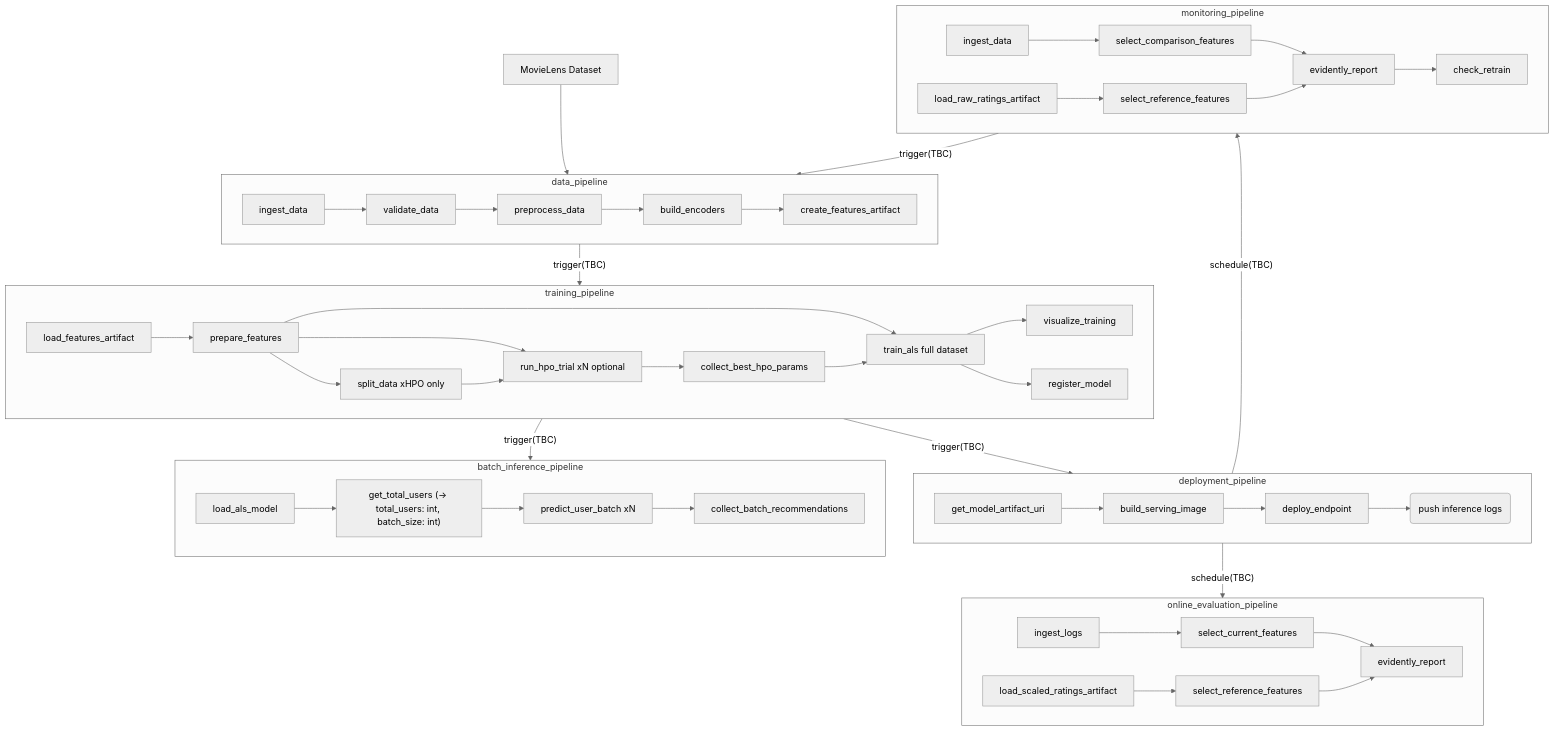
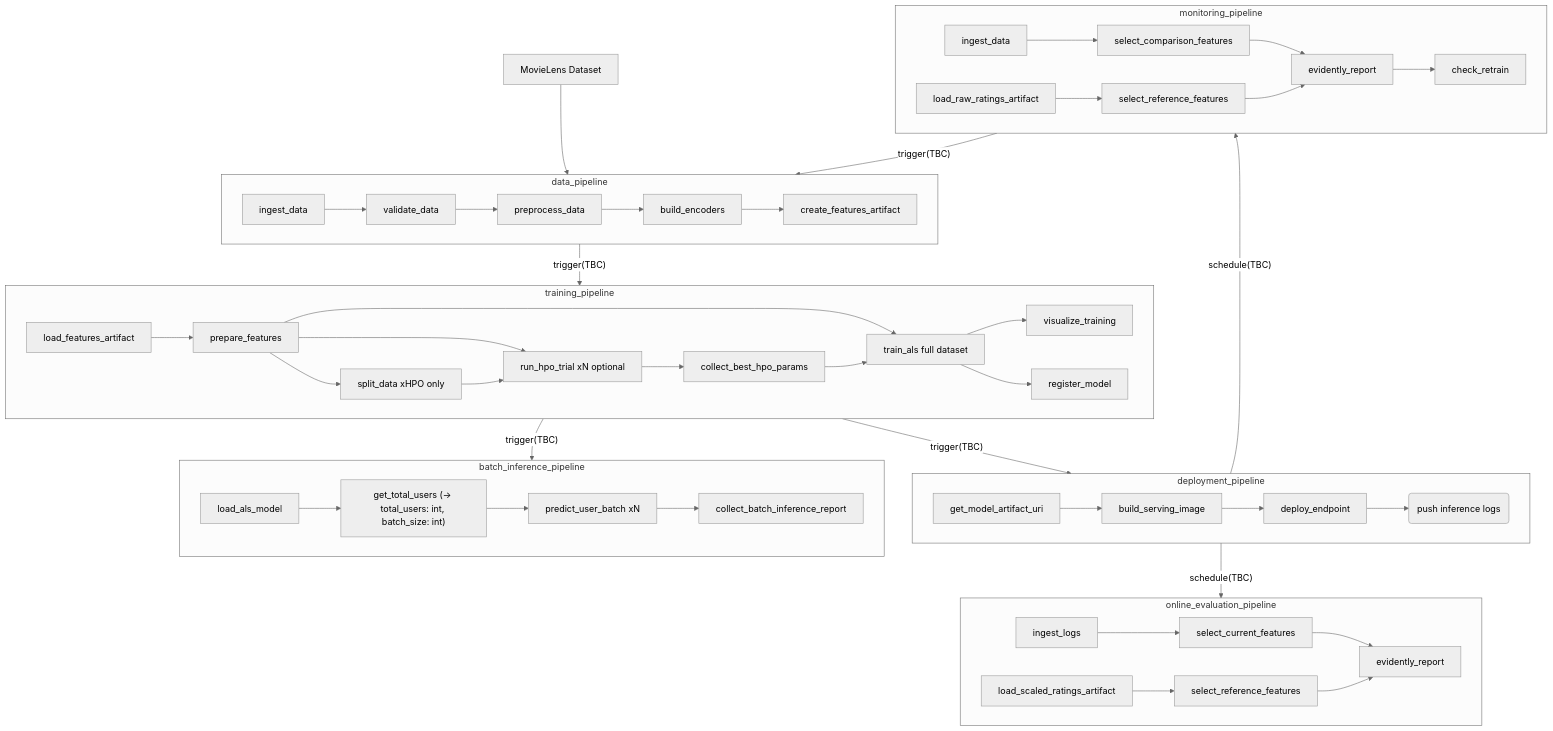
Before and after one commit to sagadana/zenml-mlops: the diagram in .agents/specs/wf_matrix_factorization.md, drawn with Mermaid (neutral theme). The commit also changed other lines of this file and 12 other files, not shown here.

Commit message:
update collect_batch_recommendations -> collect_batch_inference_report

````diff
--- a/.agents/specs/wf_matrix_factorization.md
+++ b/.agents/specs/wf_matrix_factorization.md
@@ -19,50 +19,50 @@
 ```mermaid
 graph TD
 
     subgraph D[data_pipeline]
         D1[ingest_data] --> D2[validate_data] --> D2a[preprocess_data] --> D3[build_encoders] --> D4[create_features_artifact]
     end
 
     subgraph T[training_pipeline]
         T0[load_features_artifact] --> T1[prepare_features]
         T1 --> T5[run_hpo_trial xN optional]
         T1 --> T4[split_data xHPO only]
         T4 --> T5
         T5 --> T6[collect_best_hpo_params]
         T1 --> T7[train_als full dataset]
         T6 --> T7
         T7 --> T8[visualize_training]
         T7 --> T11[register_model]
     end
 
     subgraph BI[batch_inference_pipeline]
         S1[load_als_model] --> S1a["get_total_users (→ total_users: int, batch_size: int)"]
-        S1a --> S2[predict_user_batch xN] --> S3[collect_batch_recommendations]
+        S1a --> S2[predict_user_batch xN] --> S3[collect_batch_inference_report]
     end
 
     subgraph DP[deployment_pipeline]
         S4[get_model_artifact_uri] --> S5[build_serving_image] --> S6[deploy_endpoint] --> S6-a(push inference logs)
     end
 
     subgraph M[monitoring_pipeline]
         M1[load_raw_ratings_artifact] --> M1a[select_reference_features]
         M2[ingest_data] --> M2a[select_comparison_features] --> M3[evidently_report]
         M1a --> M3
         M3 --> M5[check_retrain]
     end
 
     subgraph OE[online_evaluation_pipeline]
         OE1[load_scaled_ratings_artifact] --> OE1a[select_reference_features]
         OE2[ingest_logs] --> OE2a[select_current_features] --> OE3[evidently_report]
         OE1a --> OE3
     end
 
     A[MovieLens Dataset] --> D
     D -->|"trigger(TBC)"| T
     T -->|"trigger(TBC)"| BI
     T -->|"trigger(TBC)"| DP
     DP -->|"schedule(TBC)"| M
     DP -->|"schedule(TBC)"| OE
     M -->|"trigger(TBC)"| D
 
 ```
````
